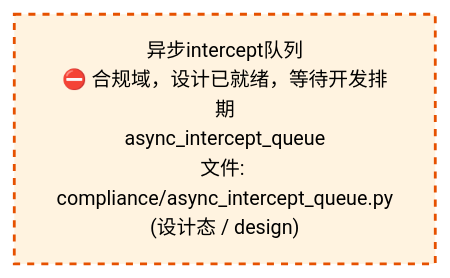
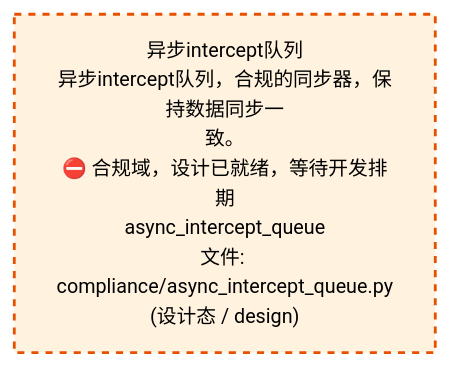
One commit to xuanFelixVan/ZephyrAlpha changed the third of 4 diagrams in docs/02_enterprise_architecture/02_domain_architecture_docs/38_d_compliance.md. Above: the diagram before and after it, drawn with Mermaid. The commit also changed other lines of this file and 58 other files, not shown here.

````diff
--- a/docs/02_enterprise_architecture/02_domain_architecture_docs/38_d_compliance.md
+++ b/docs/02_enterprise_architecture/02_domain_architecture_docs/38_d_compliance.md
@@ -109,10 +108,10 @@
 ```mermaid
 %%{init: {'theme': 'base', 'themeVariables': {'primaryColor': '#eaeaea', 'primaryTextColor': '#333333', 'primaryBorderColor': '#666666', 'lineColor': '#666666', 'secondaryColor': '#eaeaea', 'tertiaryColor': '#eaeaea', 'fontSize': '14px'}}}%%
 flowchart TD
-    src_zephyr_compliance_async_intercept_queue_py["异步intercept队列<br/>⛔ 合规域，设计已就绪，等待开发排期<br/>async_intercept_queue<br/>文件: compliance/async_intercept_queue.py<br/>(设计态 / design)"]
+    src_zephyr_compliance_async_intercept_queue_py["异步intercept队列<br/>异步intercept队列，合规的同步器，保持数据同步一<br/>致。<br/>⛔ 合规域，设计已就绪，等待开发排期<br/>async_intercept_queue<br/>文件: compliance/async_intercept_queue.py<br/>(设计态 / design)"]
     classDef production fill:#e1f5fe,stroke:#01579b,stroke-width:2px,color:#000
     classDef design fill:#fff3e0,stroke:#e65100,stroke-width:2px,color:#000,stroke-dasharray: 5 5
     classDef external_prod fill:#e8f4fd,stroke:#0277bd,stroke-width:1px,color:#000
     classDef external_design fill:#fff8e7,stroke:#ef6c00,stroke-width:1px,color:#000,stroke-dasharray: 5 5
     class src_zephyr_compliance_async_intercept_queue_py design
 ```
````
